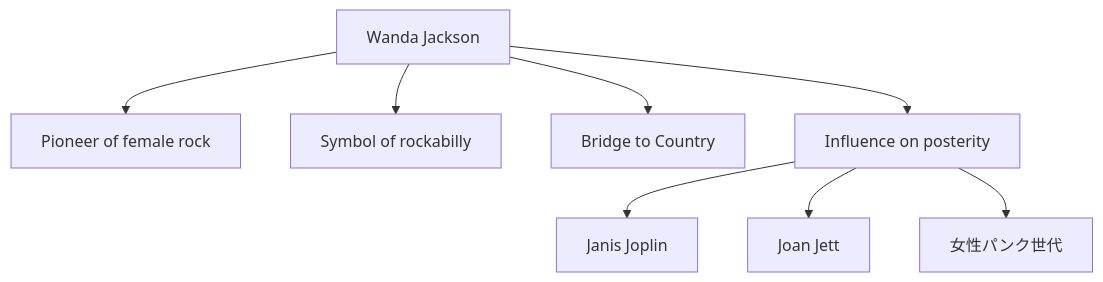
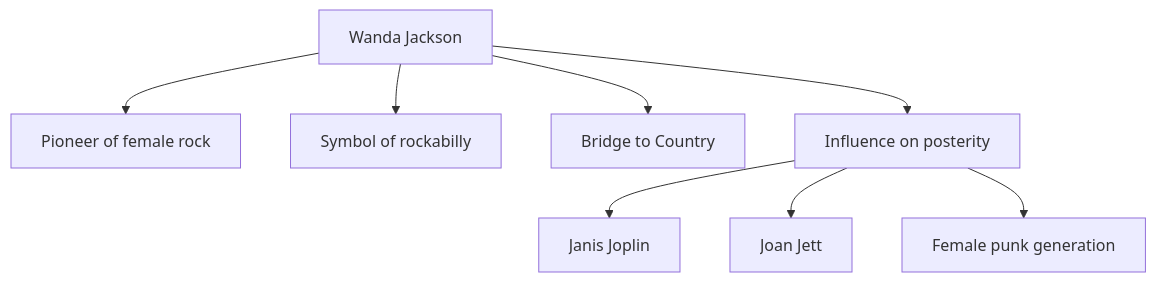
Diagram 11 of 11 in en/_posts/2026-05-16-column-wanda-jackson.md (monumental-movement/monumental-movement.github.io), drawn with Mermaid before and after one commit. The commit also changed other lines of this file and 851 other files, not shown here.

```diff
--- a/en/_posts/2026-05-16-column-wanda-jackson.md
+++ b/en/_posts/2026-05-16-column-wanda-jackson.md
@@ -323,11 +323,11 @@
 <div class="mermaid">
 graph TD
 A["Wanda Jackson"] --> B["Pioneer of female rock"]
 A --> C["Symbol of rockabilly"]
 A --> D["Bridge to Country"]
 A --> E["Influence on posterity"]
 
 E --> F["Janis Joplin"]
 E --> G["Joan Jett"]
-E --> H["女性パンク世代"]
+E --> H["Female punk generation"]
 </div>
```
